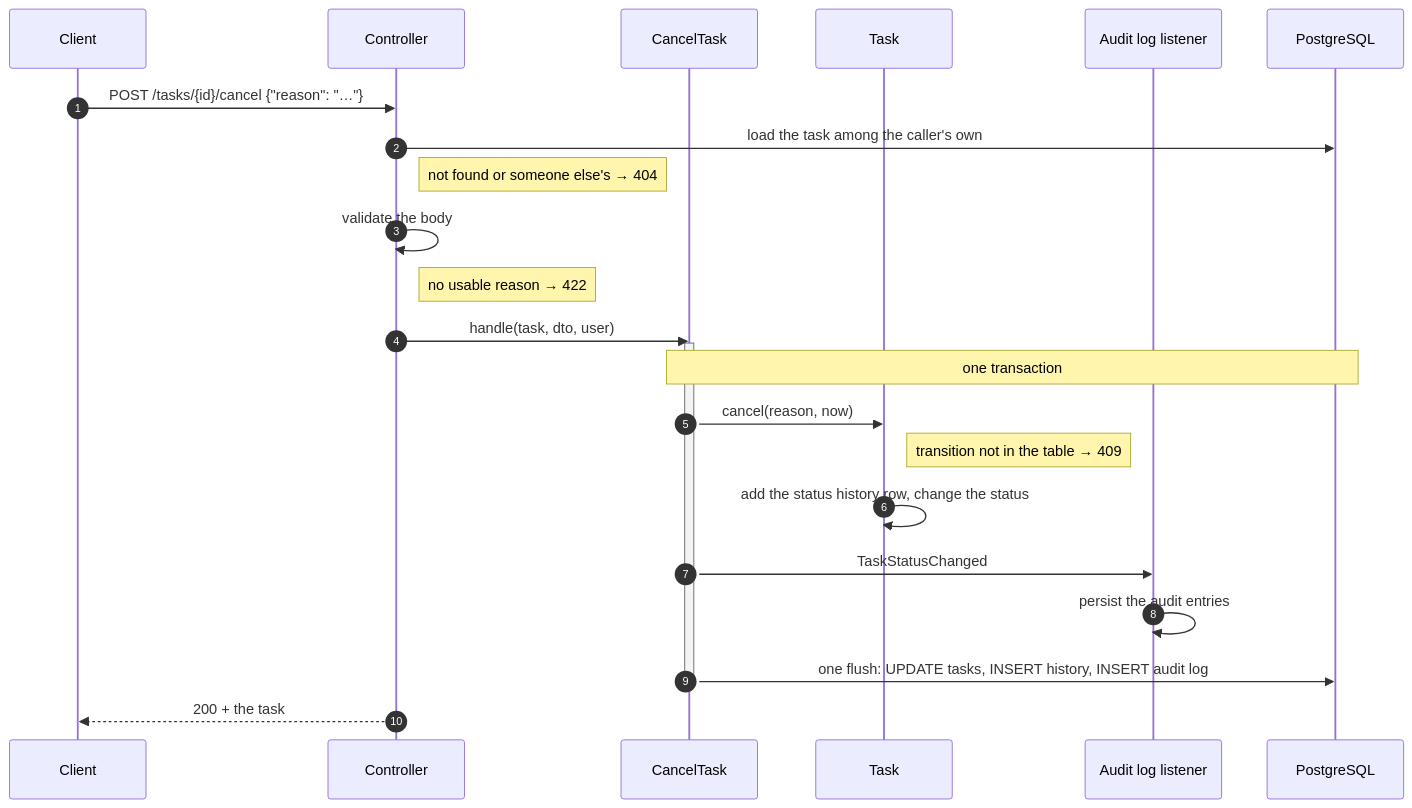
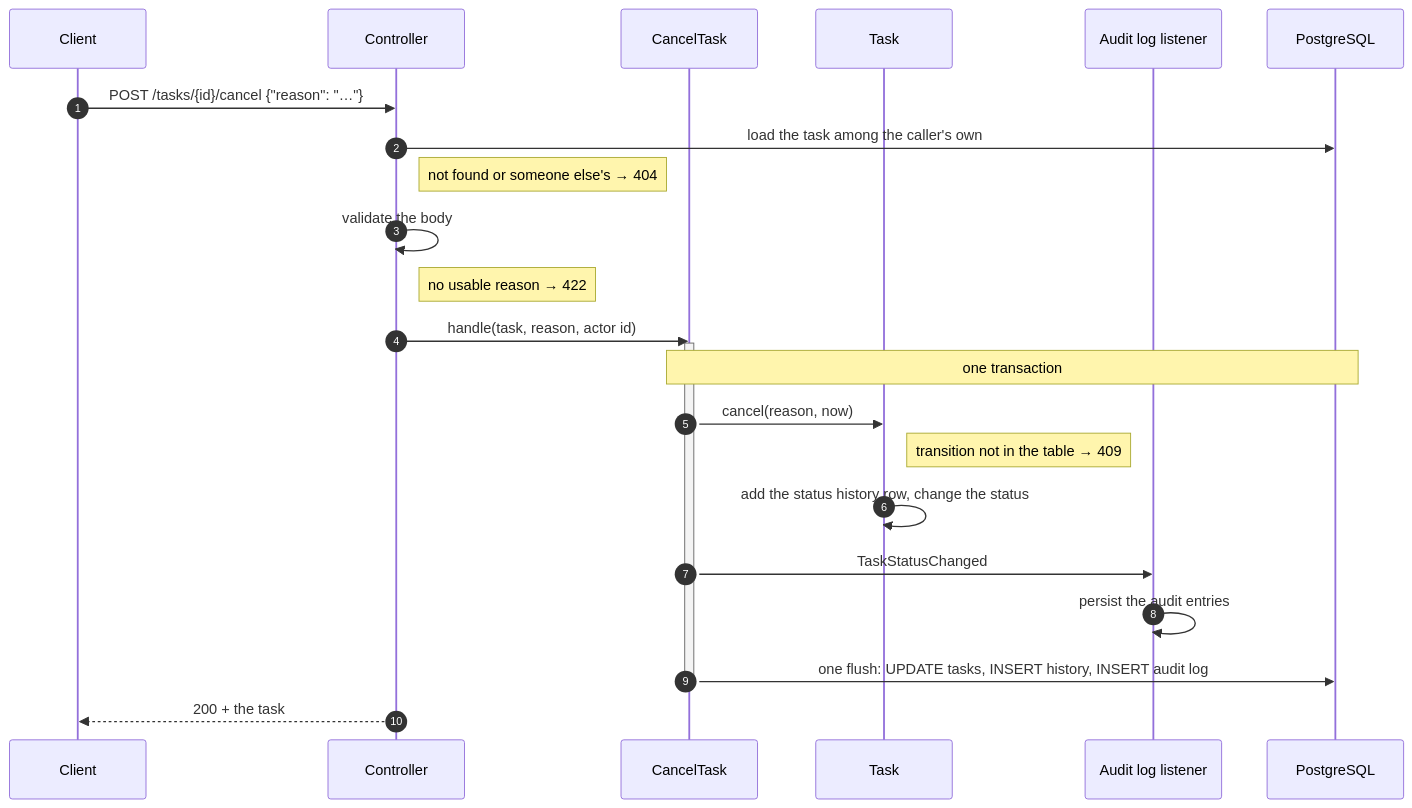
Before and after one commit to NikitaSomik/symfony-todo-app: the fifth of 5 diagrams in docs/architecture.md, drawn with Mermaid. The commit also changed other lines of this file and 36 other files, not shown here.

````diff
--- a/docs/architecture.md
+++ b/docs/architecture.md
@@ -153,27 +153,27 @@
 ```mermaid
 sequenceDiagram
     autonumber
     participant C as Client
     participant Ctl as Controller
     participant S as CancelTask
     participant T as Task
     participant L as Audit log listener
     participant DB as PostgreSQL
 
     C->>Ctl: POST /tasks/{id}/cancel {"reason": "…"}
     Ctl->>DB: load the task among the caller's own
     Note right of Ctl: not found or someone else's → 404
     Ctl->>Ctl: validate the body
     Note right of Ctl: no usable reason → 422
-    Ctl->>S: handle(task, dto, user)
+    Ctl->>S: handle(task, reason, actor id)
     activate S
     Note over S,DB: one transaction
     S->>T: cancel(reason, now)
     Note right of T: transition not in the table → 409
     T->>T: add the status history row, change the status
     S->>L: TaskStatusChanged
     L->>L: persist the audit entries
     S->>DB: one flush: UPDATE tasks, INSERT history, INSERT audit log
     deactivate S
     Ctl-->>C: 200 + the task
 ```
````
